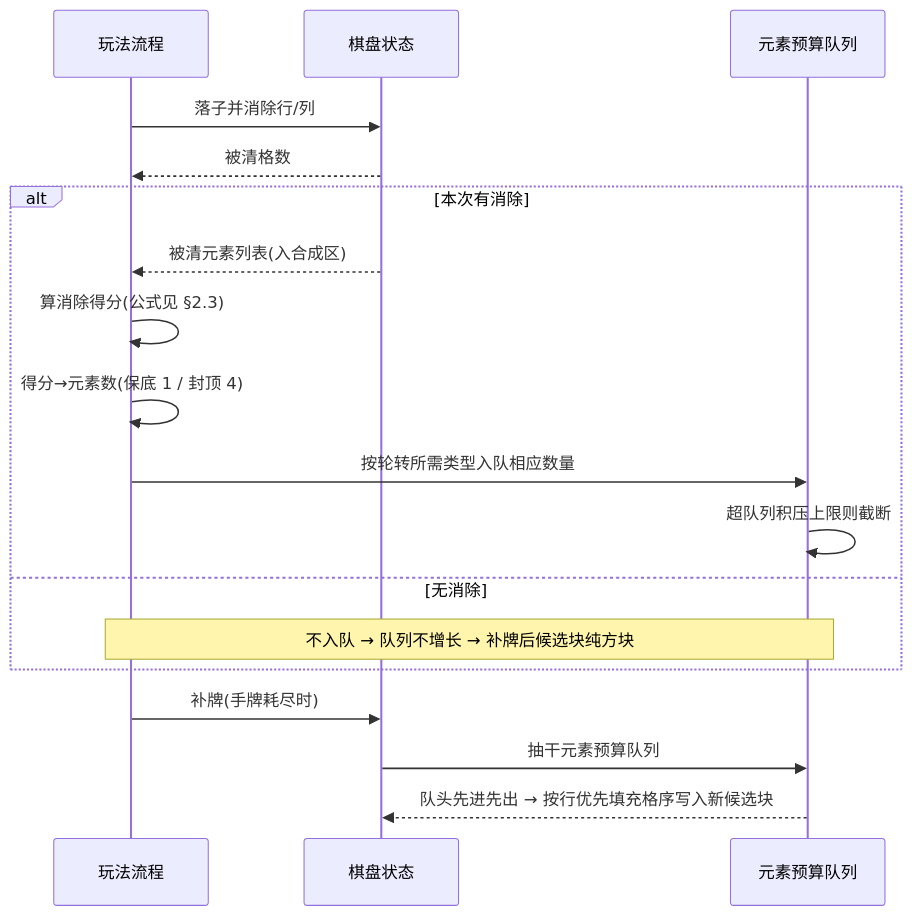
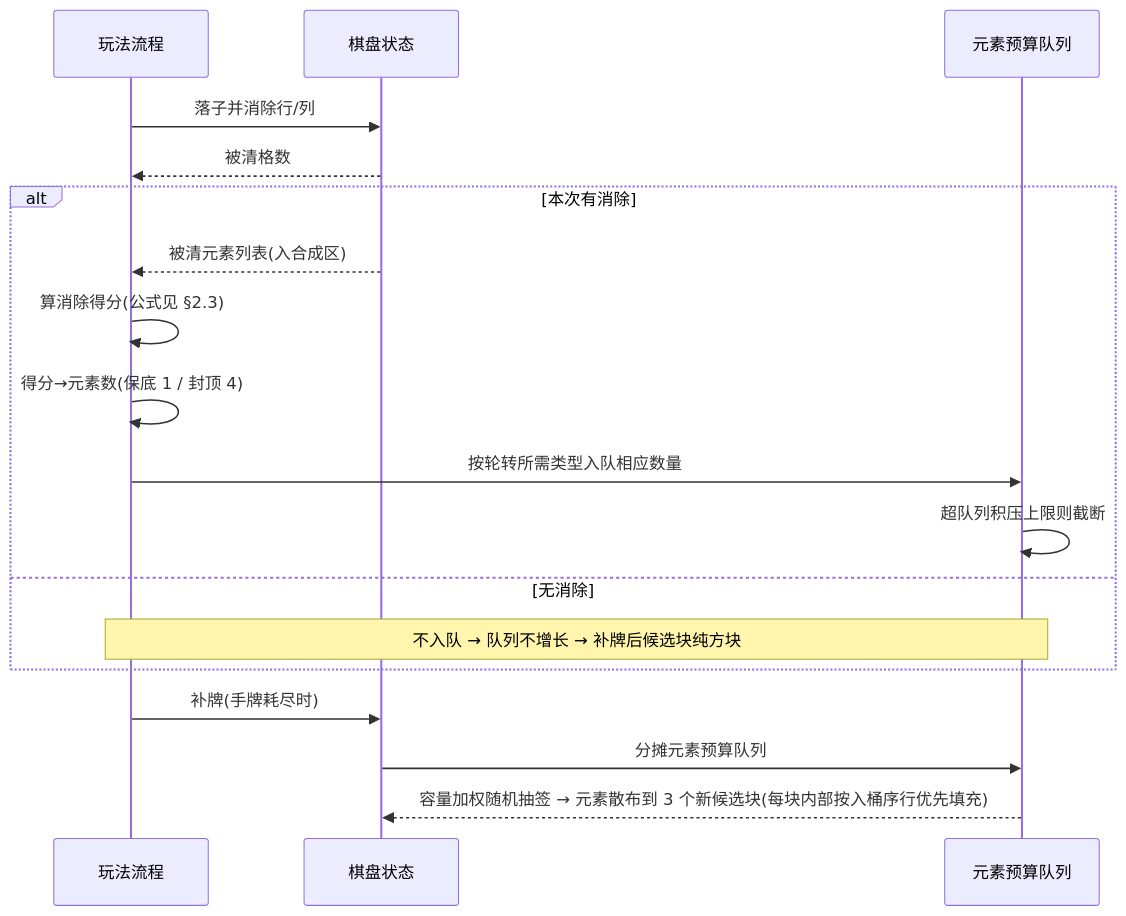
Before and after one commit to zhoupeng921101/TEngine_zp: the third of 3 diagrams in UnityProject/design-docs/10-score-element-rm-collect.md, drawn with Mermaid. The commit also changed other lines of this file and 3 other files, not shown here.

````diff
--- a/UnityProject/design-docs/10-score-element-rm-collect.md
+++ b/UnityProject/design-docs/10-score-element-rm-collect.md
@@ -151,20 +151,20 @@
 ```mermaid
 sequenceDiagram
     participant W as 玩法流程
     participant G as 棋盘状态
     participant T as 元素预算队列
     W->>G: 落子并消除行/列
     G-->>W: 被清格数
     alt 本次有消除
         G-->>W: 被清元素列表(入合成区)
         W->>W: 算消除得分(公式见 §2.3)
         W->>W: 得分→元素数(保底 1 / 封顶 4)
         W->>T: 按轮转所需类型入队相应数量
         T->>T: 超队列积压上限则截断
     else 无消除
         Note over W,T: 不入队 → 队列不增长 → 补牌后候选块纯方块
     end
     W->>G: 补牌(手牌耗尽时)
-    G->>T: 抽干元素预算队列
-    T-->>G: 队头先进先出 → 按行优先填充格序写入新候选块
+    G->>T: 分摊元素预算队列
+    T-->>G: 容量加权随机抽签 → 元素散布到 3 个新候选块(每块内部按入桶序行优先填充)
 ```
````
